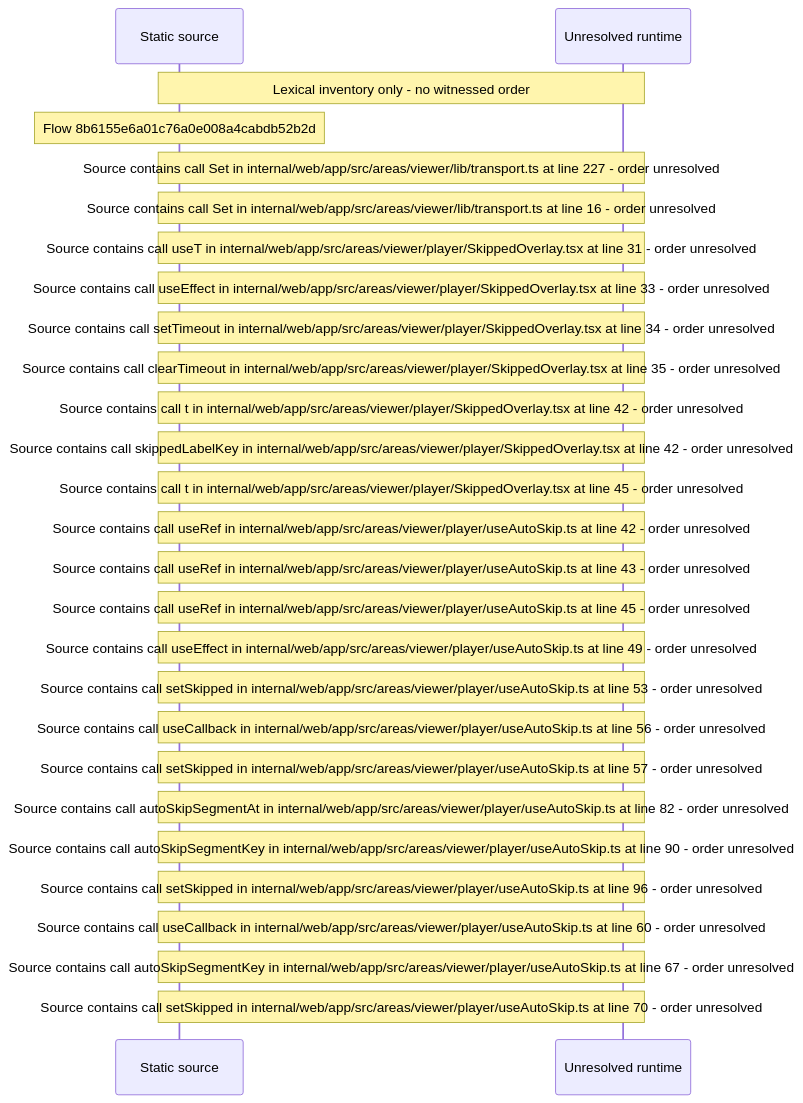
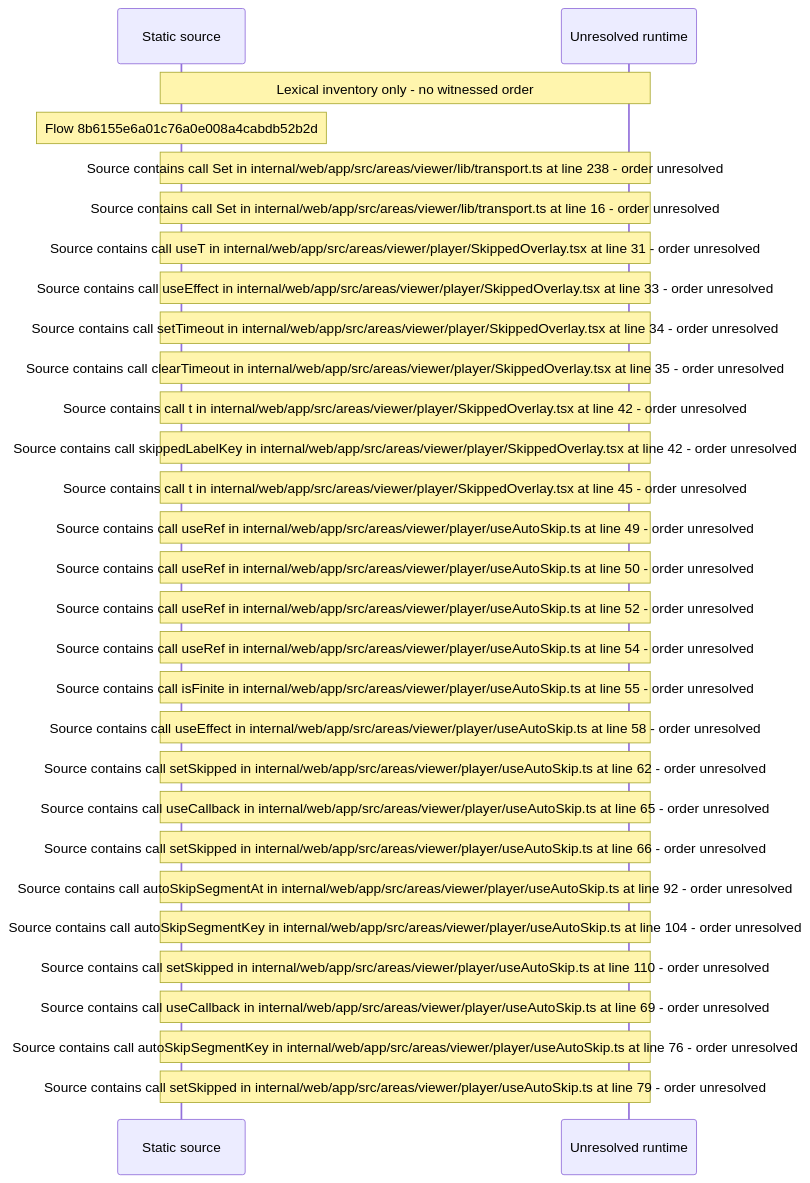
Before and after one commit to beamfall/core: the diagram in docs/web/flows/generated/8b6155e6a01c76a0e008a4cabdb52b2d/flow-diagram.md, drawn with Mermaid. The commit also changed other lines of this file and 714 other files, not shown here.

Commit message:
Regenerate the web flow record on the batch 5 head (CORE-1762)

````diff
--- a/docs/web/flows/generated/8b6155e6a01c76a0e008a4cabdb52b2d/flow-diagram.md
+++ b/docs/web/flows/generated/8b6155e6a01c76a0e008a4cabdb52b2d/flow-diagram.md
@@ -10,29 +10,31 @@
 ```mermaid
 sequenceDiagram
     participant S as Static source
     participant U as Unresolved runtime
     Note over S,U: Lexical inventory only - no witnessed order
     Note over S: Flow 8b6155e6a01c76a0e008a4cabdb52b2d
-    Note over S,U: Source contains call Set in internal/web/app/src/areas/viewer/lib/transport.ts at line 227 - order unresolved
+    Note over S,U: Source contains call Set in internal/web/app/src/areas/viewer/lib/transport.ts at line 238 - order unresolved
     Note over S,U: Source contains call Set in internal/web/app/src/areas/viewer/lib/transport.ts at line 16 - order unresolved
     Note over S,U: Source contains call useT in internal/web/app/src/areas/viewer/player/SkippedOverlay.tsx at line 31 - order unresolved
     Note over S,U: Source contains call useEffect in internal/web/app/src/areas/viewer/player/SkippedOverlay.tsx at line 33 - order unresolved
     Note over S,U: Source contains call setTimeout in internal/web/app/src/areas/viewer/player/SkippedOverlay.tsx at line 34 - order unresolved
     Note over S,U: Source contains call clearTimeout in internal/web/app/src/areas/viewer/player/SkippedOverlay.tsx at line 35 - order unresolved
     Note over S,U: Source contains call t in internal/web/app/src/areas/viewer/player/SkippedOverlay.tsx at line 42 - order unresolved
     Note over S,U: Source contains call skippedLabelKey in internal/web/app/src/areas/viewer/player/SkippedOverlay.tsx at line 42 - order unresolved
     Note over S,U: Source contains call t in internal/web/app/src/areas/viewer/player/SkippedOverlay.tsx at line 45 - order unresolved
-    Note over S,U: Source contains call useRef in internal/web/app/src/areas/viewer/player/useAutoSkip.ts at line 42 - order unresolved
-    Note over S,U: Source contains call useRef in internal/web/app/src/areas/viewer/player/useAutoSkip.ts at line 43 - order unresolved
-    Note over S,U: Source contains call useRef in internal/web/app/src/areas/viewer/player/useAutoSkip.ts at line 45 - order unresolved
-    Note over S,U: Source contains call useEffect in internal/web/app/src/areas/viewer/player/useAutoSkip.ts at line 49 - order unresolved
-    Note over S,U: Source contains call setSkipped in internal/web/app/src/areas/viewer/player/useAutoSkip.ts at line 53 - order unresolved
-    Note over S,U: Source contains call useCallback in internal/web/app/src/areas/viewer/player/useAutoSkip.ts at line 56 - order unresolved
-    Note over S,U: Source contains call setSkipped in internal/web/app/src/areas/viewer/player/useAutoSkip.ts at line 57 - order unresolved
-    Note over S,U: Source contains call autoSkipSegmentAt in internal/web/app/src/areas/viewer/player/useAutoSkip.ts at line 82 - order unresolved
-    Note over S,U: Source contains call autoSkipSegmentKey in internal/web/app/src/areas/viewer/player/useAutoSkip.ts at line 90 - order unresolved
-    Note over S,U: Source contains call setSkipped in internal/web/app/src/areas/viewer/player/useAutoSkip.ts at line 96 - order unresolved
-    Note over S,U: Source contains call useCallback in internal/web/app/src/areas/viewer/player/useAutoSkip.ts at line 60 - order unresolved
-    Note over S,U: Source contains call autoSkipSegmentKey in internal/web/app/src/areas/viewer/player/useAutoSkip.ts at line 67 - order unresolved
-    Note over S,U: Source contains call setSkipped in internal/web/app/src/areas/viewer/player/useAutoSkip.ts at line 70 - order unresolved
+    Note over S,U: Source contains call useRef in internal/web/app/src/areas/viewer/player/useAutoSkip.ts at line 49 - order unresolved
+    Note over S,U: Source contains call useRef in internal/web/app/src/areas/viewer/player/useAutoSkip.ts at line 50 - order unresolved
+    Note over S,U: Source contains call useRef in internal/web/app/src/areas/viewer/player/useAutoSkip.ts at line 52 - order unresolved
+    Note over S,U: Source contains call useRef in internal/web/app/src/areas/viewer/player/useAutoSkip.ts at line 54 - order unresolved
+    Note over S,U: Source contains call isFinite in internal/web/app/src/areas/viewer/player/useAutoSkip.ts at line 55 - order unresolved
+    Note over S,U: Source contains call useEffect in internal/web/app/src/areas/viewer/player/useAutoSkip.ts at line 58 - order unresolved
+    Note over S,U: Source contains call setSkipped in internal/web/app/src/areas/viewer/player/useAutoSkip.ts at line 62 - order unresolved
+    Note over S,U: Source contains call useCallback in internal/web/app/src/areas/viewer/player/useAutoSkip.ts at line 65 - order unresolved
+    Note over S,U: Source contains call setSkipped in internal/web/app/src/areas/viewer/player/useAutoSkip.ts at line 66 - order unresolved
+    Note over S,U: Source contains call autoSkipSegmentAt in internal/web/app/src/areas/viewer/player/useAutoSkip.ts at line 92 - order unresolved
+    Note over S,U: Source contains call autoSkipSegmentKey in internal/web/app/src/areas/viewer/player/useAutoSkip.ts at line 104 - order unresolved
+    Note over S,U: Source contains call setSkipped in internal/web/app/src/areas/viewer/player/useAutoSkip.ts at line 110 - order unresolved
+    Note over S,U: Source contains call useCallback in internal/web/app/src/areas/viewer/player/useAutoSkip.ts at line 69 - order unresolved
+    Note over S,U: Source contains call autoSkipSegmentKey in internal/web/app/src/areas/viewer/player/useAutoSkip.ts at line 76 - order unresolved
+    Note over S,U: Source contains call setSkipped in internal/web/app/src/areas/viewer/player/useAutoSkip.ts at line 79 - order unresolved
 ```
````
